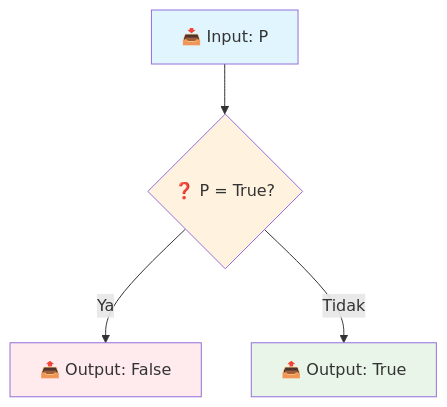
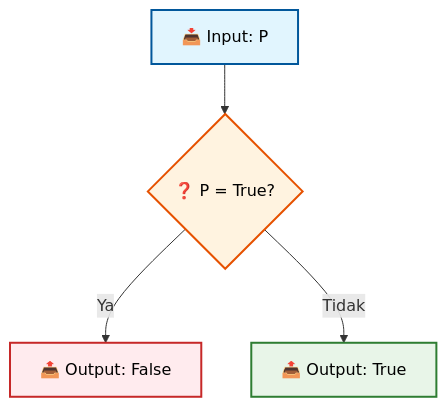
The first of 7 diagrams in pertemuan2.md (antonprafanto/logikamatematika), drawn with Mermaid before and after one commit. The commit also changed other lines of this file, not shown here.

````diff
--- a/pertemuan2.md
+++ b/pertemuan2.md
@@ -104,11 +104,11 @@
 ```mermaid
 flowchart TD
     A[📥 Input: P] --> B{❓ P = True?}
     B -->|Ya| C[📤 Output: False]
     B -->|Tidak| D[📤 Output: True]
     
-    style A fill:#e1f5fe
-    style B fill:#fff3e0
-    style C fill:#ffebee
-    style D fill:#e8f5e8
+    style A fill:#e1f5fe,stroke:#01579b,stroke-width:2px,color:#000
+    style B fill:#fff3e0,stroke:#e65100,stroke-width:2px,color:#000
+    style C fill:#ffebee,stroke:#c62828,stroke-width:2px,color:#000
+    style D fill:#e8f5e8,stroke:#2e7d32,stroke-width:2px,color:#000
 ```
````
